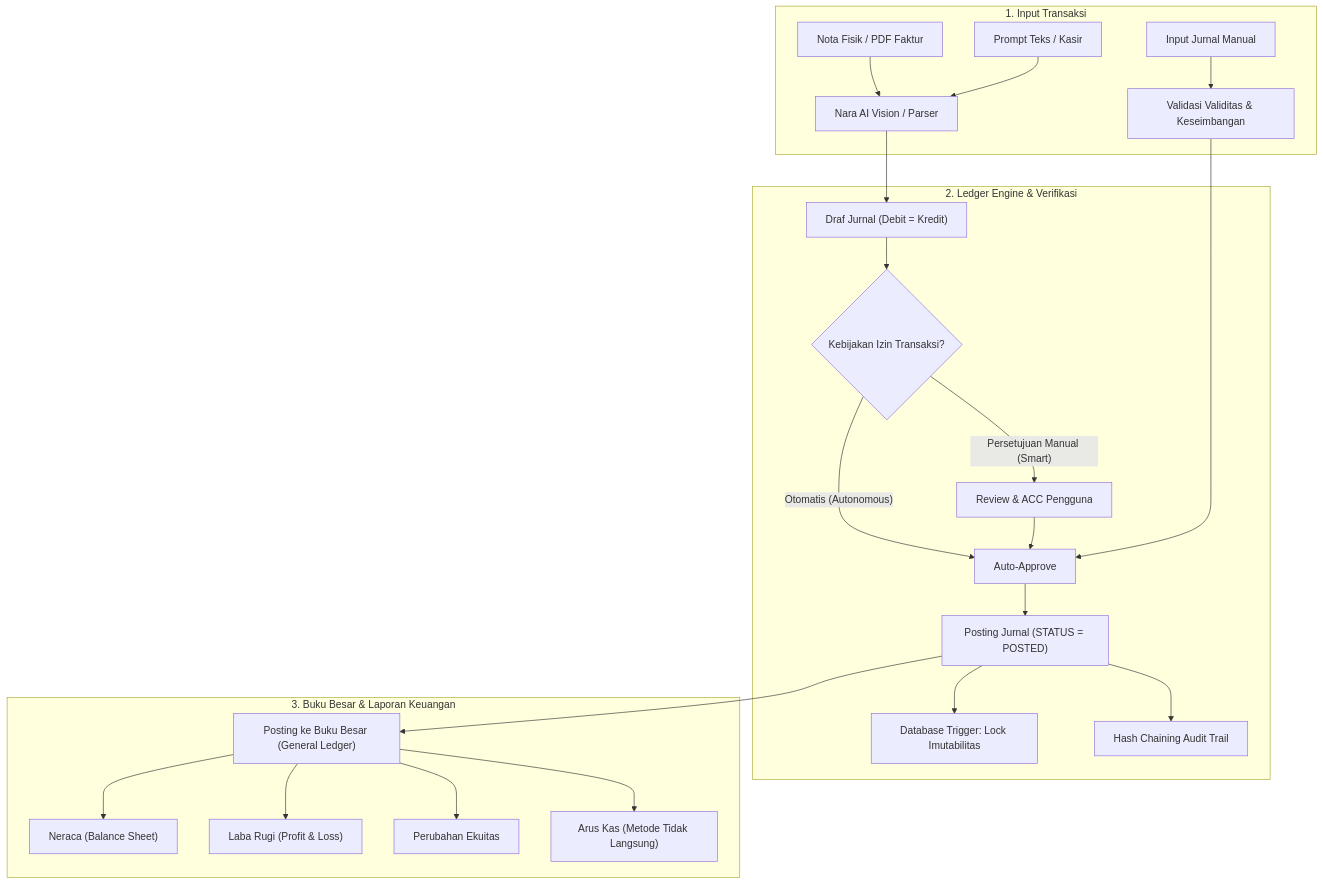
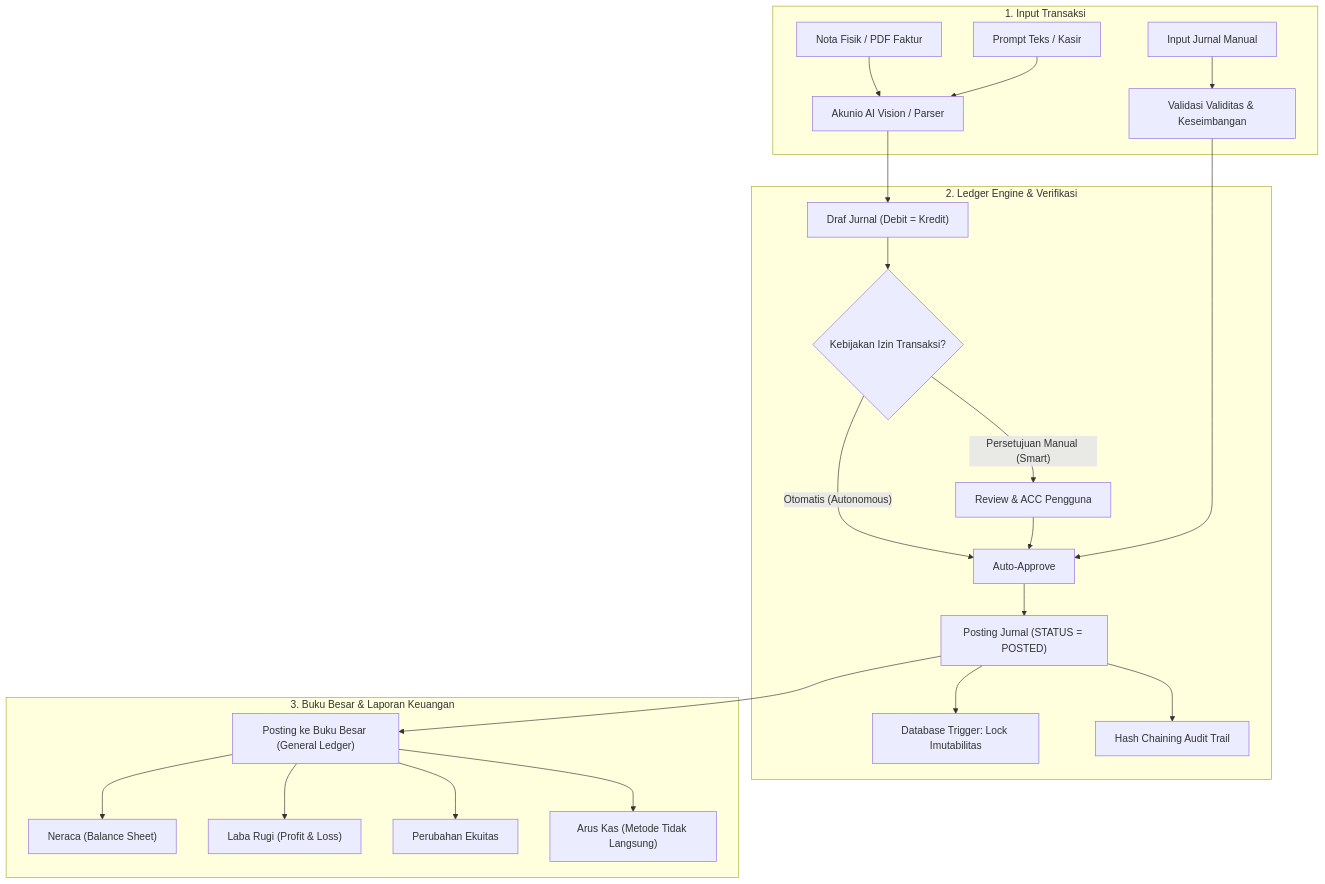
The diagram in README.md (luckyrespec/akunio), drawn with Mermaid before and after one commit. The commit also changed other lines of this file and 145 other files, not shown here.

````diff
--- a/README.md
+++ b/README.md
@@ -42,28 +42,28 @@
 ```mermaid
 flowchart TD
     subgraph INPUT["1. Input Transaksi"]
-        A1["Nota Fisik / PDF Faktur"] --> B["Nara AI Vision / Parser"]
+        A1["Nota Fisik / PDF Faktur"] --> B["Akunio AI Vision / Parser"]
         A2["Prompt Teks / Kasir"] --> B
         A3["Input Jurnal Manual"] --> C["Validasi Validitas & Keseimbangan"]
     end
 
     subgraph ENGINE["2. Ledger Engine & Verifikasi"]
         B --> D["Draf Jurnal (Debit = Kredit)"]
         D --> E{"Kebijakan Izin Transaksi?"}
         E -- "Persetujuan Manual (Smart)" --> F["Review & ACC Pengguna"]
         E -- "Otomatis (Autonomous)" --> G["Auto-Approve"]
         F --> G
         C --> G
         G --> H["Posting Jurnal (STATUS = POSTED)"]
         H --> I["Database Trigger: Lock Imutabilitas"]
         H --> J["Hash Chaining Audit Trail"]
     end
 
     subgraph OUTPUT["3. Buku Besar & Laporan Keuangan"]
         H --> K["Posting ke Buku Besar (General Ledger)"]
         K --> L["Neraca (Balance Sheet)"]
         K --> M["Laba Rugi (Profit & Loss)"]
         K --> N["Perubahan Ekuitas"]
         K --> O["Arus Kas (Metode Tidak Langsung)"]
     end
 ```
````
